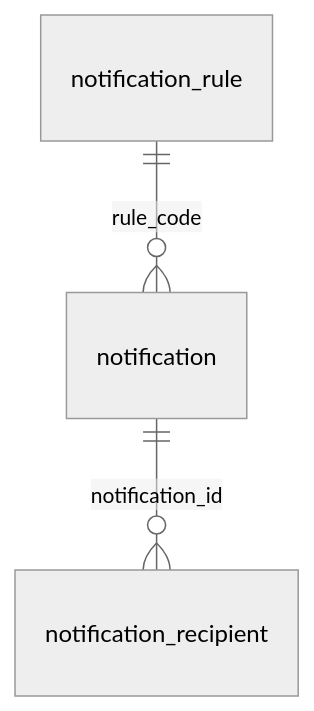
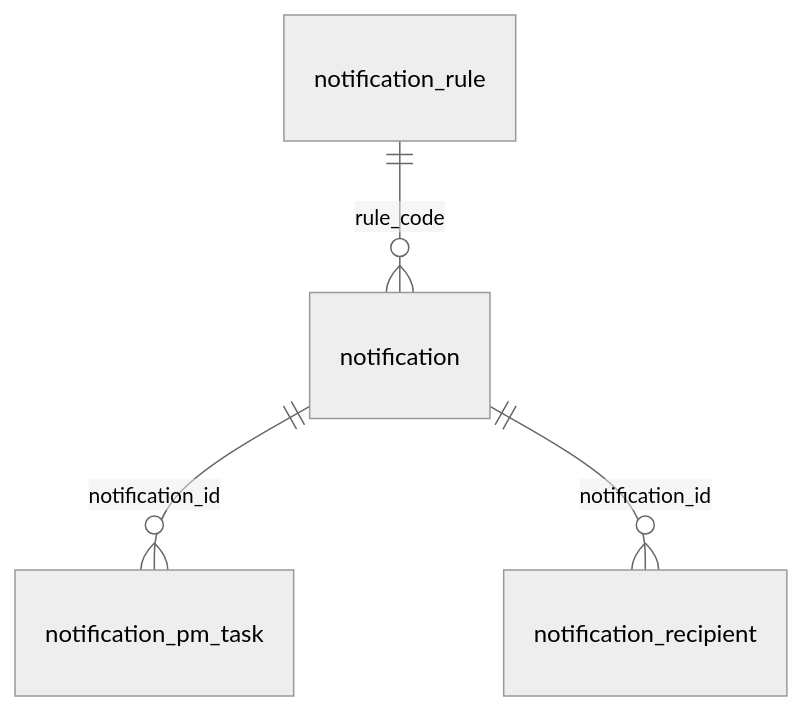
The eighth of 8 diagrams in 11_automotive/backend/docs/02_물리ERD.md (Ion-Mill/VF-2), drawn with Mermaid (neutral theme) before and after one commit. The commit also changed other lines of this file and 24 other files, not shown here.

````diff
--- a/11_automotive/backend/docs/02_물리ERD.md
+++ b/11_automotive/backend/docs/02_물리ERD.md
@@ -280,5 +280,6 @@
 ```mermaid
 erDiagram
     notification_rule ||--o{ notification : "rule_code"
+    notification ||--o{ notification_pm_task : "notification_id"
     notification ||--o{ notification_recipient : "notification_id"
 ```
````
